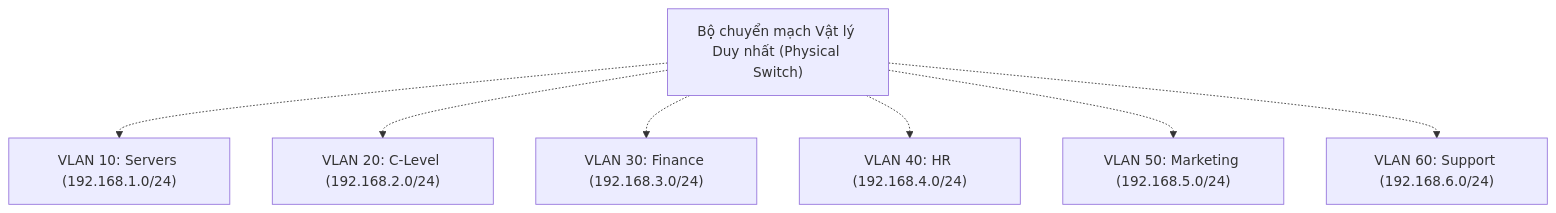
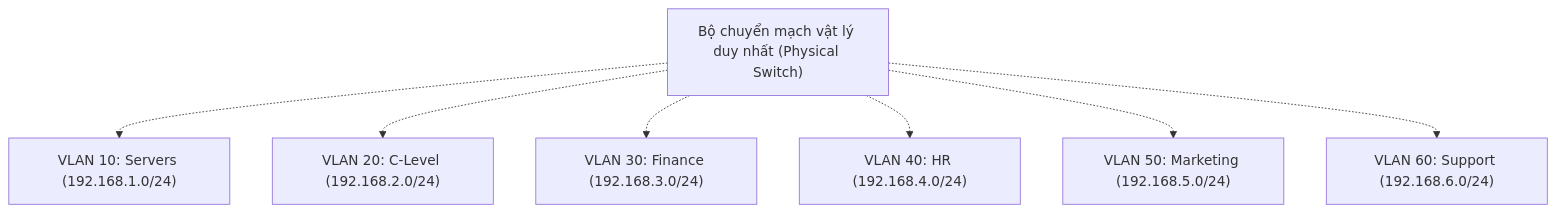
One commit to phattvh/HackTheBox_Translate changed the second of 4 diagrams in Junior Cybersecurity Analyst/3. Introduction to Networking/17. Vendor Specific Information.md. Above: the diagram before and after it, drawn with Mermaid. The commit also changed other lines of this file and 5 other files, not shown here.

````diff
--- a/Junior Cybersecurity Analyst/3. Introduction to Networking/17. Vendor Specific Information.md
+++ b/Junior Cybersecurity Analyst/3. Introduction to Networking/17. Vendor Specific Information.md
@@ -77,11 +77,11 @@
 ```mermaid
 graph TD
-    PhysicalSwitch["Bộ chuyển mạch Vật lý Duy nhất (Physical Switch)"]
+    PhysicalSwitch["Bộ chuyển mạch vật lý duy nhất (Physical Switch)"]
     
     PhysicalSwitch -.-> VLAN10["VLAN 10: Servers (192.168.1.0/24)"]
     PhysicalSwitch -.-> VLAN20["VLAN 20: C-Level (192.168.2.0/24)"]
     PhysicalSwitch -.-> VLAN30["VLAN 30: Finance (192.168.3.0/24)"]
     PhysicalSwitch -.-> VLAN40["VLAN 40: HR (192.168.4.0/24)"]
     PhysicalSwitch -.-> VLAN50["VLAN 50: Marketing (192.168.5.0/24)"]
     PhysicalSwitch -.-> VLAN60["VLAN 60: Support (192.168.6.0/24)"]
 ```
````
